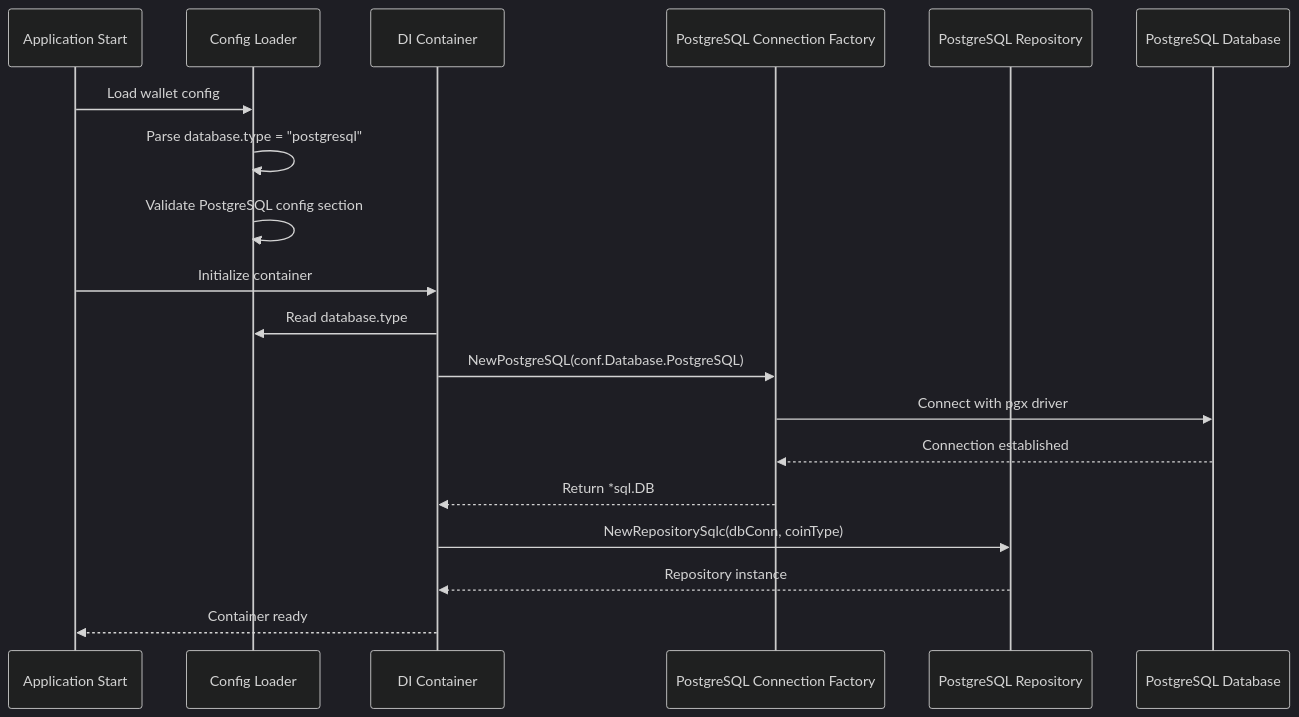
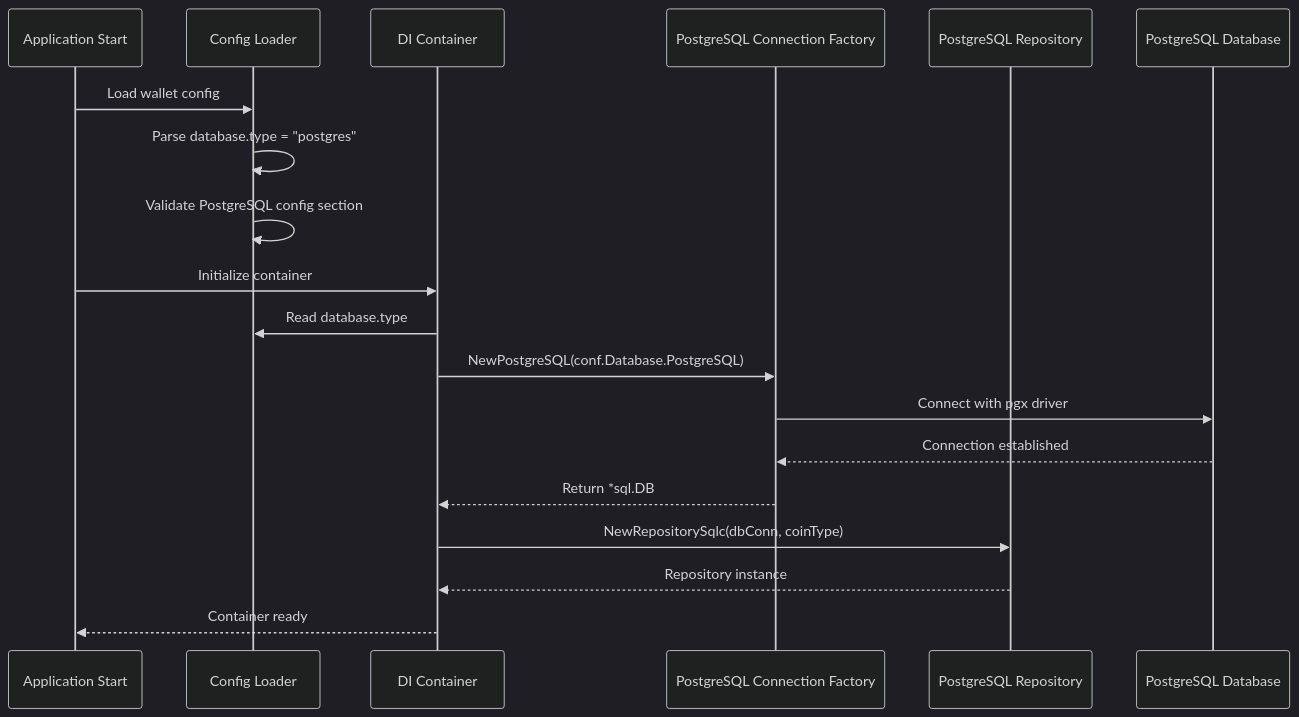
The second of 4 diagrams in .kiro/specs/postgresql-integration/design.md (hiromaily/go-crypto-wallet), drawn with Mermaid (dark theme) before and after one commit. The commit also changed other lines of this file and 124 other files, not shown here.

First line of the commit message:
refactor: rename postgresql to postgres across project directories and configs

````diff
--- a/.kiro/specs/postgresql-integration/design.md
+++ b/.kiro/specs/postgresql-integration/design.md
@@ -167,22 +167,22 @@
 ```mermaid
 sequenceDiagram
     participant App as Application Start
     participant Config as Config Loader
     participant DI as DI Container
     participant PGConn as PostgreSQL Connection Factory
     participant PGRepo as PostgreSQL Repository
     participant PG as PostgreSQL Database
 
     App->>Config: Load wallet config
-    Config->>Config: Parse database.type = "postgresql"
+    Config->>Config: Parse database.type = "postgres"
     Config->>Config: Validate PostgreSQL config section
     App->>DI: Initialize container
     DI->>Config: Read database.type
     DI->>PGConn: NewPostgreSQL(conf.Database.PostgreSQL)
     PGConn->>PG: Connect with pgx driver
     PG-->>PGConn: Connection established
     PGConn-->>DI: Return *sql.DB
     DI->>PGRepo: NewRepositorySqlc(dbConn, coinType)
     PGRepo-->>DI: Repository instance
     DI-->>App: Container ready
 ```
````
